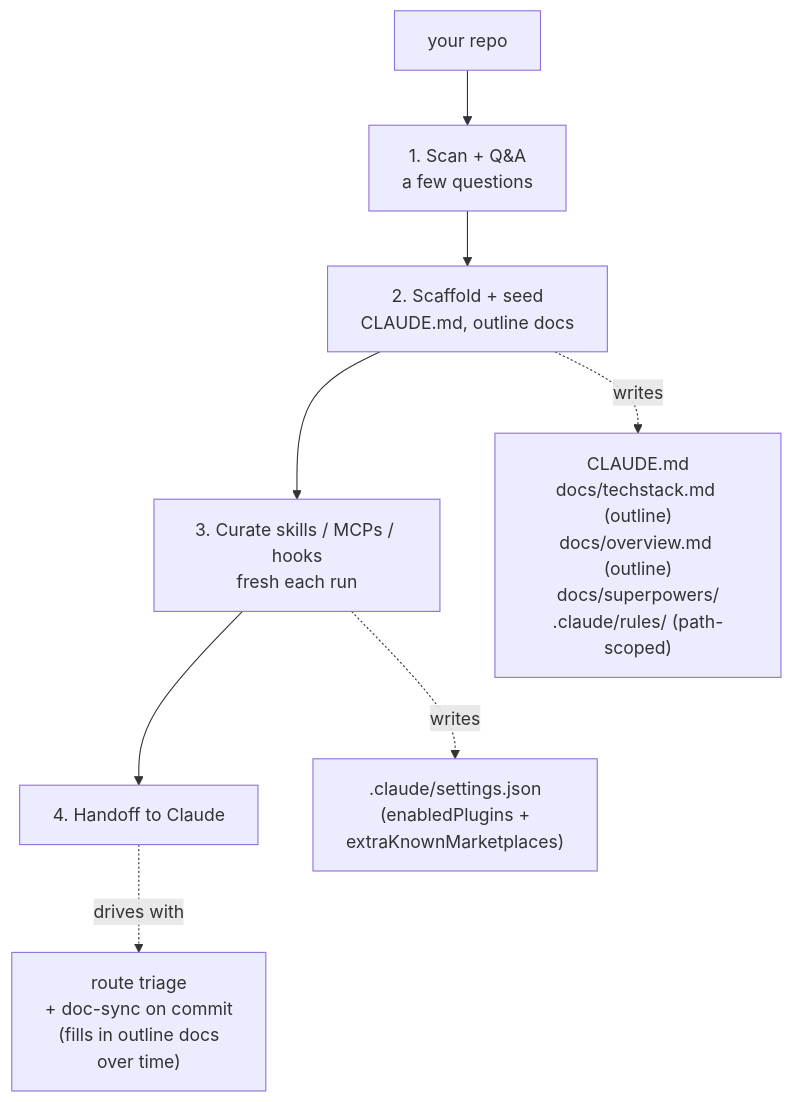
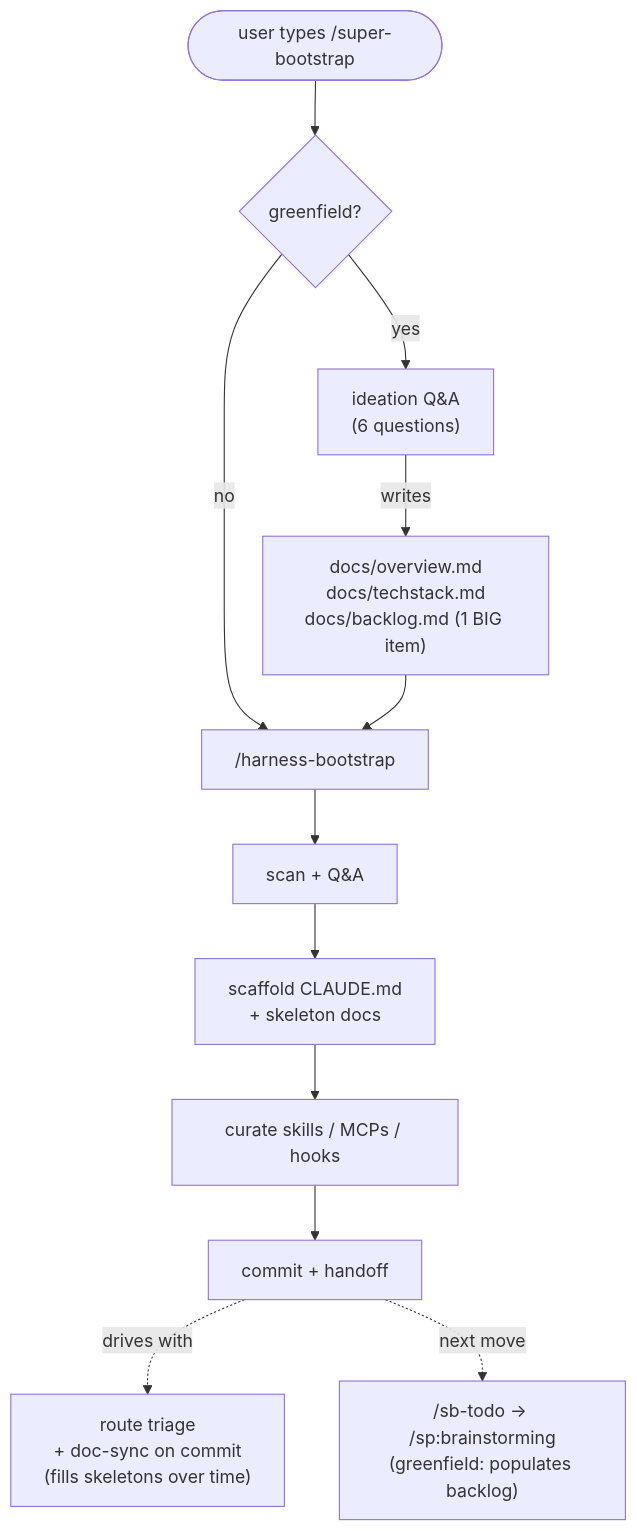
One commit to RockyHong/super-bootstrap changed the diagram in README.md. Above: the diagram before and after it, drawn with Mermaid. The commit also changed other lines of this file, not shown here.

First line of the commit message:
docs(readme): document 4-skill shape + greenfield gate flow

````diff
--- a/README.md
+++ b/README.md
@@ -44,12 +47,15 @@
 ```mermaid
 flowchart TD
-    repo["your repo"]
-    repo --> scan["1. Scan + Q&A<br/>a few questions"]
-    scan --> scaffold["2. Scaffold + seed<br/>CLAUDE.md, outline docs"]
-    scaffold --> curate["3. Curate skills / MCPs / hooks<br/>fresh each run"]
-    curate --> handoff["4. Handoff to Claude"]
-
-    scaffold -.->|writes| files["CLAUDE.md<br/>docs/techstack.md (outline)<br/>docs/overview.md (outline)<br/>docs/superpowers/<br/>.claude/rules/ (path-scoped)"]
-    curate -.->|writes| pins[".claude/settings.json<br/>(enabledPlugins +<br/>extraKnownMarketplaces)"]
-    handoff -.->|drives with| engine["route triage<br/>+ doc-sync on commit<br/>(fills in outline docs<br/>over time)"]
+    user(["user types /super-bootstrap"])
+    user --> gate{"greenfield?"}
+    gate -->|yes| ideate["ideation Q&A<br/>(6 questions)"]
+    gate -->|no| harness
+    ideate -->|writes| seeds["docs/overview.md<br/>docs/techstack.md<br/>docs/backlog.md (1 BIG item)"]
+    seeds --> harness["/harness-bootstrap"]
+    harness --> scan["scan + Q&A"]
+    scan --> scaffold["scaffold CLAUDE.md<br/>+ skeleton docs"]
+    scaffold --> curate["curate skills / MCPs / hooks"]
+    curate --> commit["commit + handoff"]
+    commit -.->|drives with| engine["route triage<br/>+ doc-sync on commit<br/>(fills skeletons over time)"]
+    commit -.->|next move| sbtodo["/sb-todo → /sp:brainstorming<br/>(greenfield: populates backlog)"]
 ```
````
